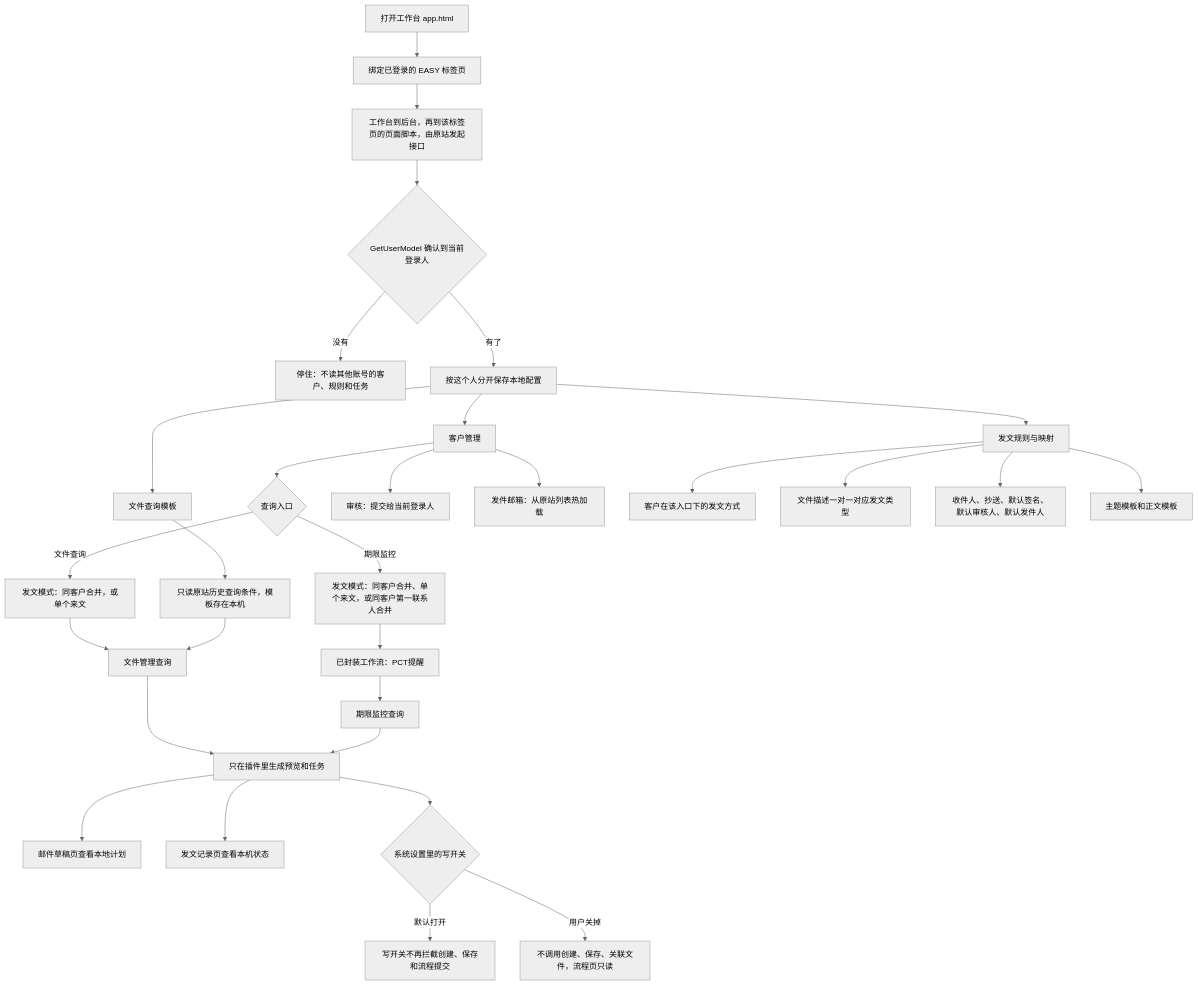
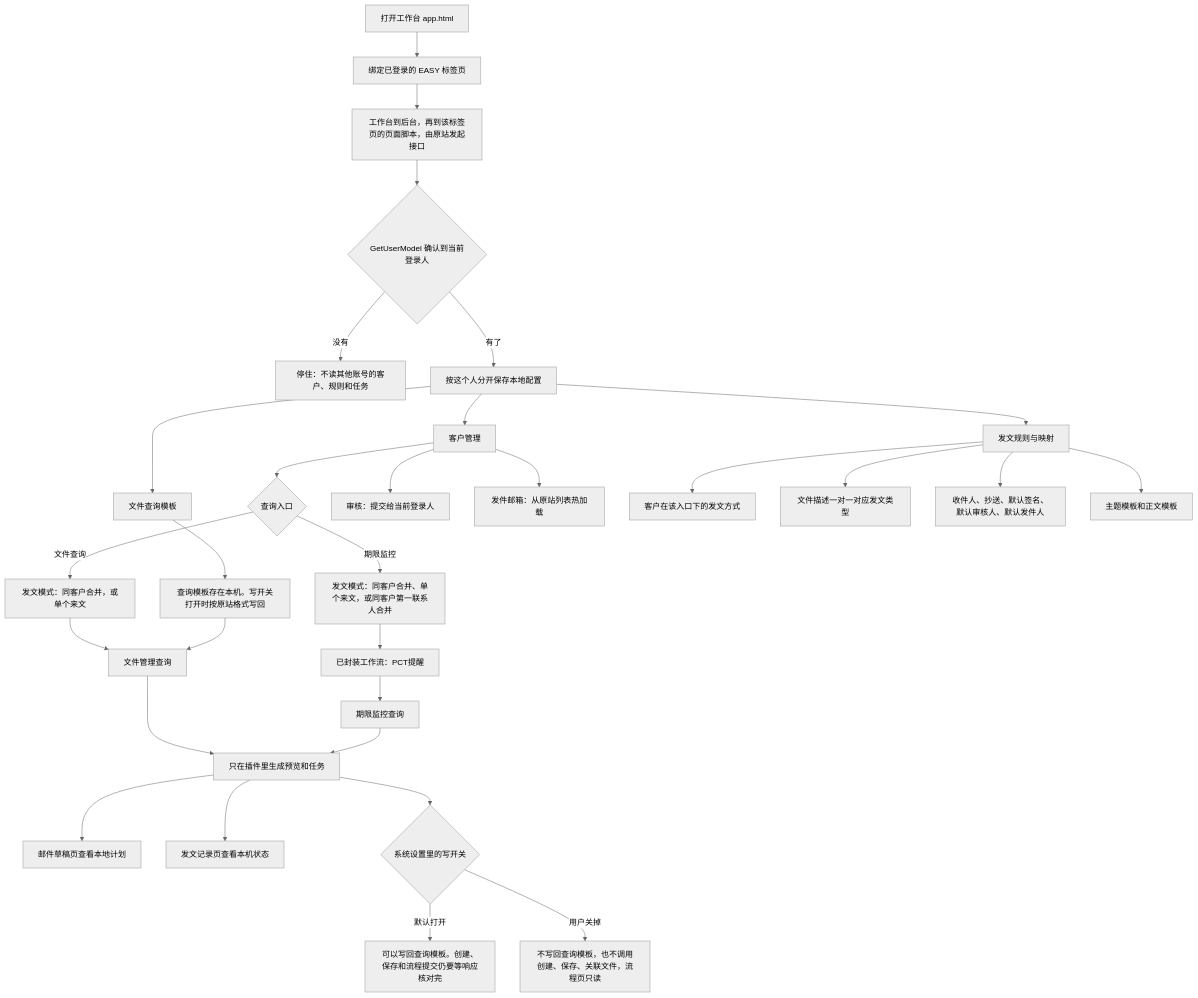
The first of 5 diagrams in 当前业务流图.md (haohaizi554/patmail), drawn with Mermaid (neutral theme) before and after one commit. The commit also changed other lines of this file and 29 other files, not shown here.

````diff
--- a/当前业务流图.md
+++ b/当前业务流图.md
@@ -7,37 +7,37 @@
 ```mermaid
 flowchart TD
   open["打开工作台 app.html"] --> bind["绑定已登录的 EASY 标签页"]
   bind --> channel["工作台到后台，再到该标签页的页面脚本，由原站发起接口"]
   channel --> session{"GetUserModel 确认到当前登录人"}
   session -->|没有| halt["停住：不读其他账号的客户、规则和任务"]
   session -->|有了| prep["按这个人分开保存本地配置"]
 
   prep --> customer["客户管理"]
   prep --> rules["发文规则与映射"]
   prep --> templates["文件查询模板"]
 
   customer --> surface{"查询入口"}
   surface -->|文件查询| fileStyle["发文模式：同客户合并，或单个来文"]
   surface -->|期限监控| limitStyle["发文模式：同客户合并、单个来文，或同客户第一联系人合并"]
   limitStyle --> pct["已封装工作流：PCT提醒"]
   customer --> review["审核：提交给当前登录人"]
   customer --> senderPick["发件邮箱：从原站列表热加载"]
 
   rules --> policy["客户在该入口下的发文方式"]
   rules --> mapping["文件描述一对一对应发文类型"]
   rules --> people["收件人、抄送、默认签名、默认审核人、默认发件人"]
   rules --> text["主题模板和正文模板"]
-  templates --> hist["只读原站历史查询条件，模板存在本机"]
+  templates --> hist["查询模板存在本机。写开关打开时按原站格式写回"]
 
   fileStyle --> qFile["文件管理查询"]
   hist --> qFile
   pct --> qLimit["期限监控查询"]
 
   qFile --> local["只在插件里生成预览和任务"]
   qLimit --> local
   local --> drafts["邮件草稿页查看本地计划"]
   local --> records["发文记录页查看本机状态"]
   local --> gate{"系统设置里的写开关"}
-  gate -->|默认打开| allow["写开关不再拦截创建、保存和流程提交"]
-  gate -->|用户关掉| noWrite["不调用创建、保存、关联文件，流程页只读"]
+  gate -->|默认打开| allow["可以写回查询模板。创建、保存和流程提交仍要等响应核对完"]
+  gate -->|用户关掉| noWrite["不写回查询模板，也不调用创建、保存、关联文件，流程页只读"]
 ```
````
